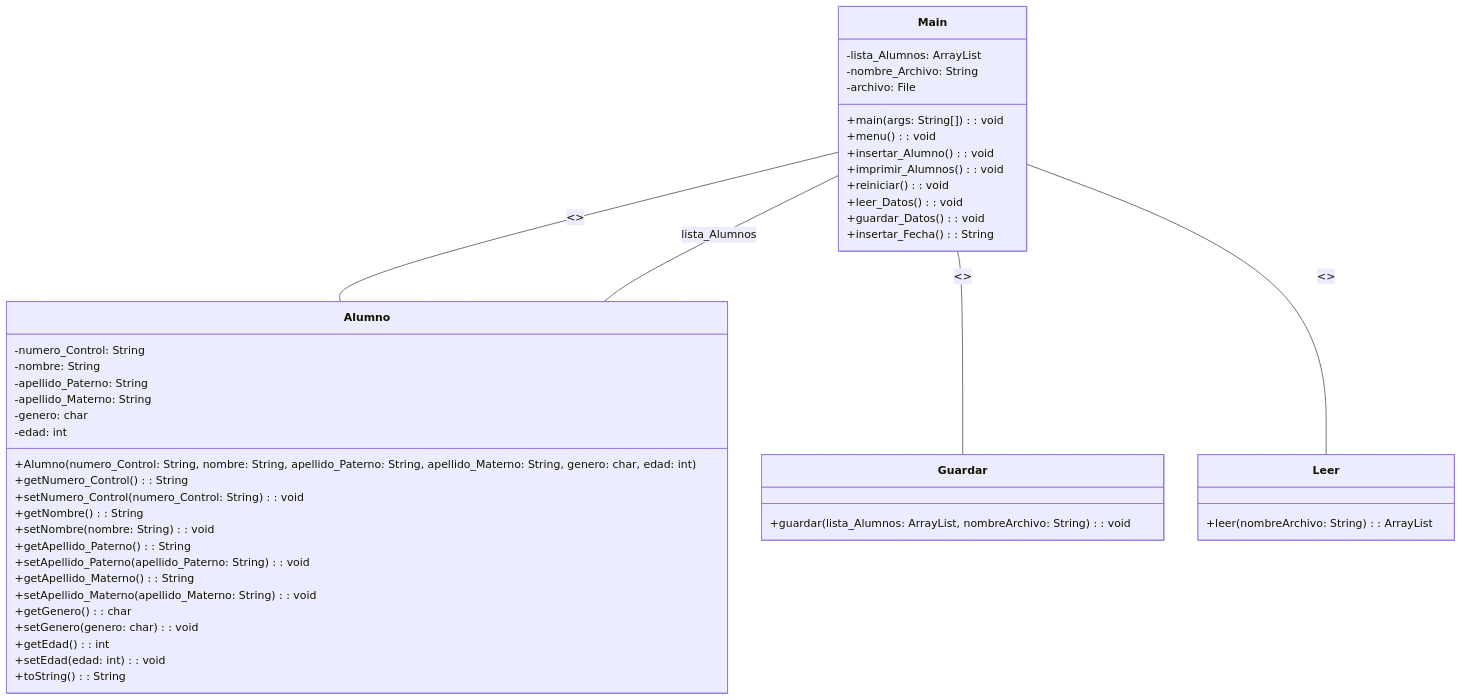
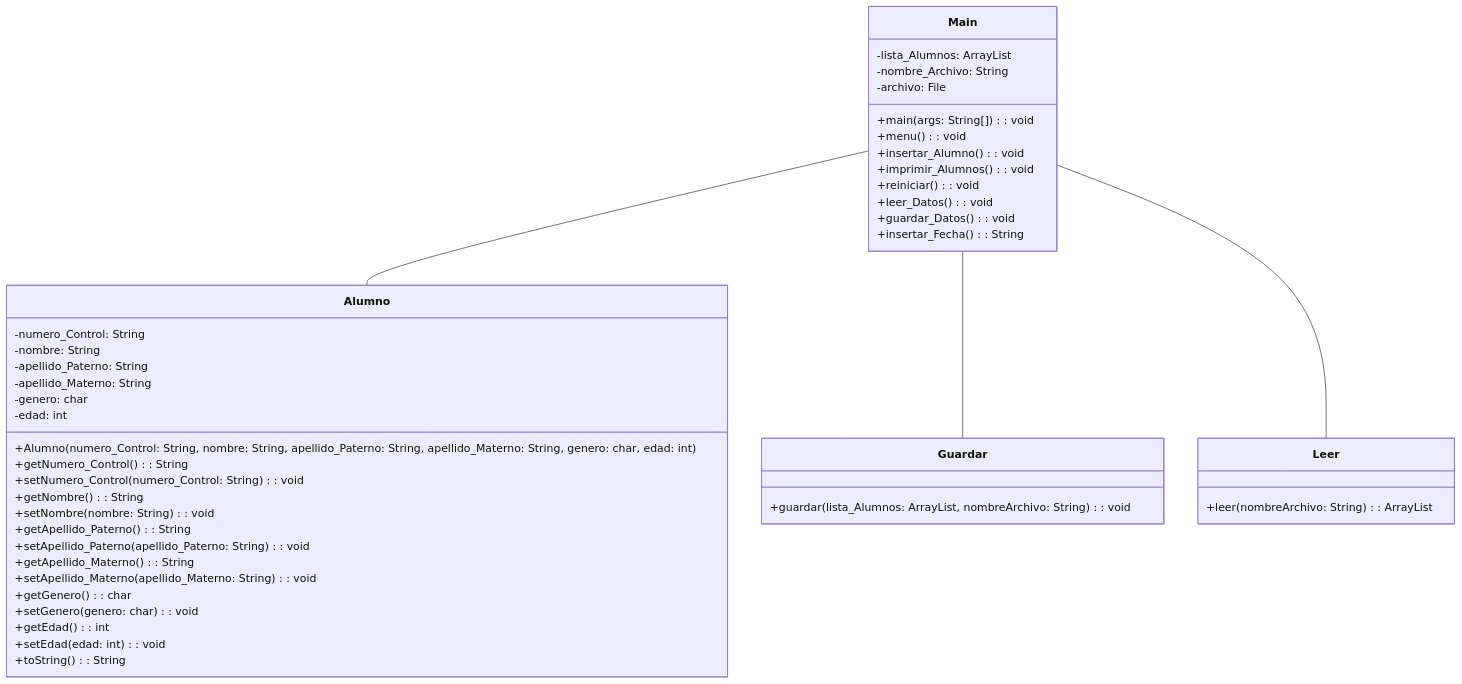
The diagram in README.md (jangelmm/ito_java_tap_u1_act1), drawn with Mermaid before and after one commit.

Commit message:
Correccion README

````diff
--- a/README.md
+++ b/README.md
@@ -33,54 +33,53 @@
 ```mermaid
 classDiagram
 
 class Alumno {
   -numero_Control: String
   -nombre: String
   -apellido_Paterno: String
   -apellido_Materno: String
   -genero: char
   -edad: int
   +Alumno(numero_Control: String, nombre: String, apellido_Paterno: String, apellido_Materno: String, genero: char, edad: int)
   +getNumero_Control(): String
   +setNumero_Control(numero_Control: String): void
   +getNombre(): String
   +setNombre(nombre: String): void
   +getApellido_Paterno(): String
   +setApellido_Paterno(apellido_Paterno: String): void
   +getApellido_Materno(): String
   +setApellido_Materno(apellido_Materno: String): void
   +getGenero(): char
   +setGenero(genero: char): void
   +getEdad(): int
   +setEdad(edad: int): void
   +toString(): String
 }
 
 class Guardar {
   +guardar(lista_Alumnos: ArrayList<String>, nombreArchivo: String): void
 }
 
 class Leer {
   +leer(nombreArchivo: String): ArrayList<String>
 }
 
 class Main {
   -lista_Alumnos: ArrayList<Alumno>
   -nombre_Archivo: String
   -archivo: File
   +main(args: String[]): void
   +menu(): void
   +insertar_Alumno(): void
   +imprimir_Alumnos(): void
   +reiniciar(): void
   +leer_Datos(): void
   +guardar_Datos(): void
   +insertar_Fecha(): String
 }
 
-Main -- Alumno: <<uses>>
-Main -- Guardar: <<uses>>
-Main -- Leer: <<uses>>
-Main -- Alumno: lista_Alumnos
+Main -- Alumno
+Main -- Guardar
+Main -- Leer
 
 ```
````
